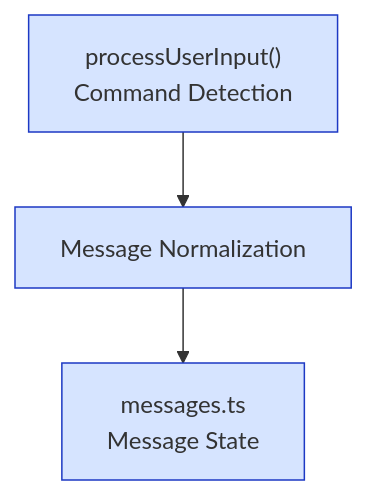
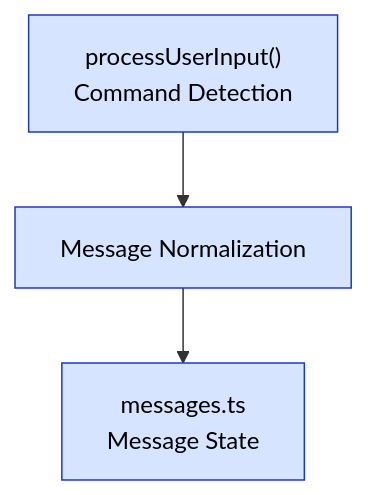
One commit to Szermer/QED changed the third of 8 diagrams in src/system-architecture-diagram.md. Above: the diagram before and after it, drawn with Mermaid. The commit also changed other lines of this file and 4 other files, not shown here.

Commit message:
style: improving readability in darkmode of some mermaid diagrams

````diff
--- a/src/system-architecture-diagram.md
+++ b/src/system-architecture-diagram.md
@@ -99,12 +99,12 @@
 ```mermaid
 flowchart TB
     MSG_Process["processUserInput()\nCommand Detection"]
     MSG_Format["Message Normalization"]
     MSG_State["messages.ts\nMessage State"]
     
     MSG_Process --> MSG_Format
     MSG_Format --> MSG_State
     
-    classDef MSG fill:#d6e4ff,stroke:#1d39c4
+    classDef MSG fill:#d6e4ff,stroke:#1d39c4,color:#000000
     class MSG_Process,MSG_Format,MSG_State MSG
 ```
````
